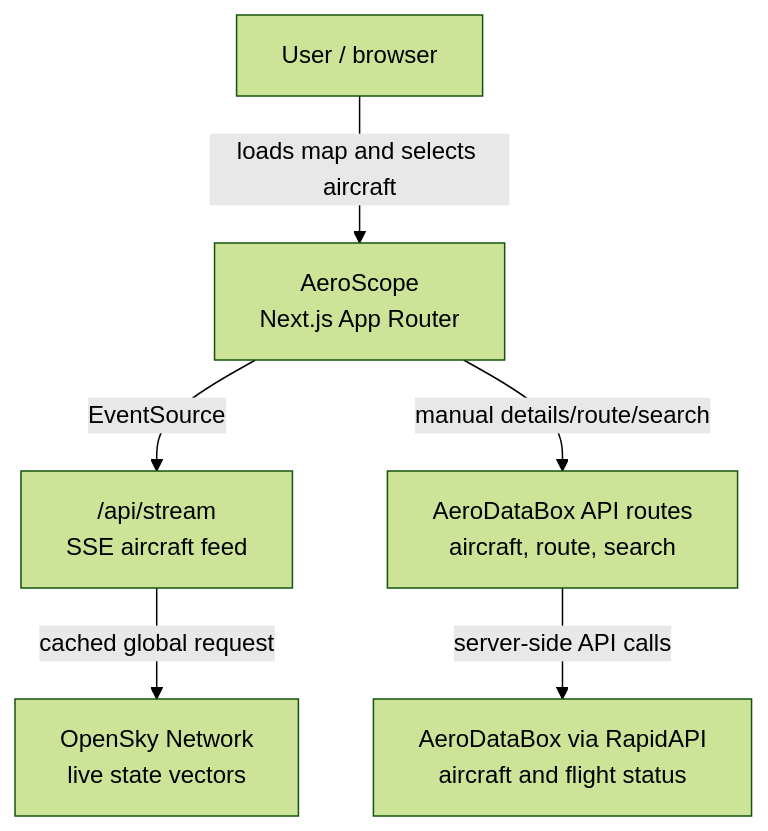
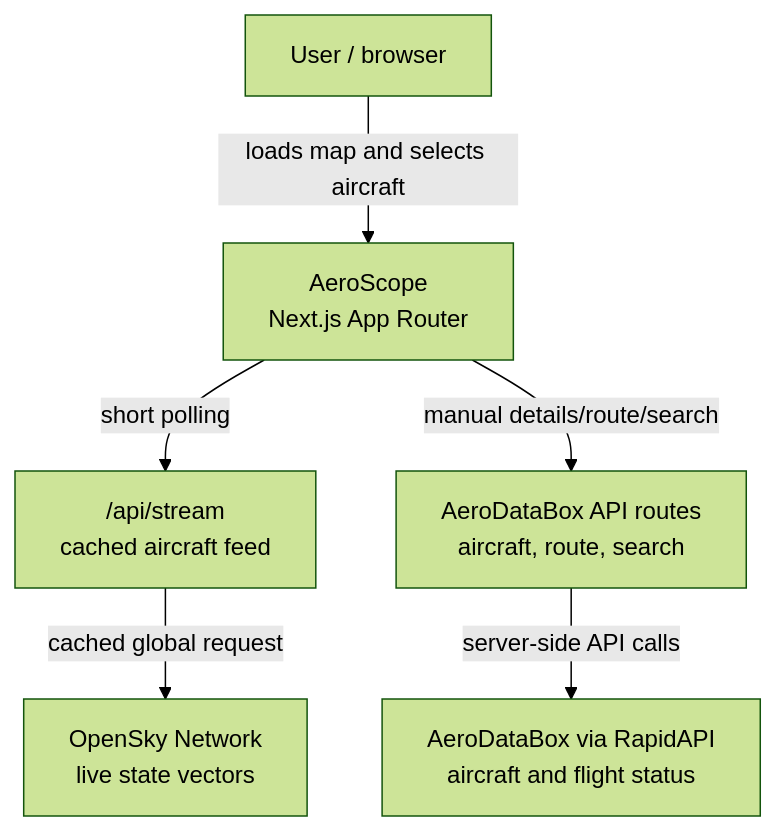
Before and after one commit to NikolaiSmow/aeroscope: the diagram in docs/architecture.md, drawn with Mermaid (forest theme). The commit also changed other lines of this file and 8 other files, not shown here.

Commit message:
Use polling for OpenSky feed

````diff
--- a/docs/architecture.md
+++ b/docs/architecture.md
@@ -13,15 +13,15 @@
 ```mermaid
 flowchart TD
   user["User / browser"]
   app["AeroScope<br/>Next.js App Router"]
-  stream["/api/stream<br/>SSE aircraft feed"]
+  stream["/api/stream<br/>cached aircraft feed"]
   metadata["AeroDataBox API routes<br/>aircraft, route, search"]
   opensky["OpenSky Network<br/>live state vectors"]
   aero["AeroDataBox via RapidAPI<br/>aircraft and flight status"]
 
   user -->|"loads map and selects aircraft"| app
-  app -->|"EventSource"| stream
+  app -->|"short polling"| stream
   stream -->|"cached global request"| opensky
   app -->|"manual details/route/search"| metadata
   metadata -->|"server-side API calls"| aero
 ```
````
